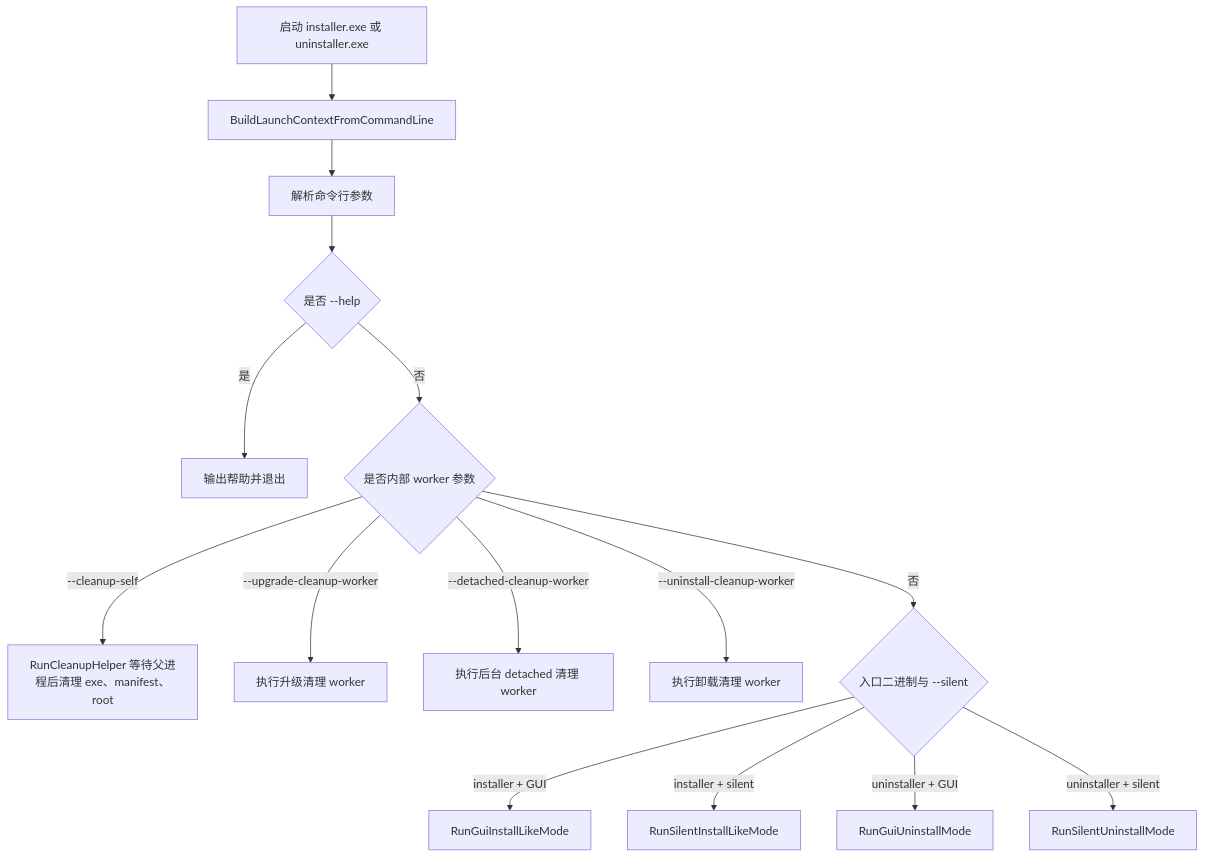
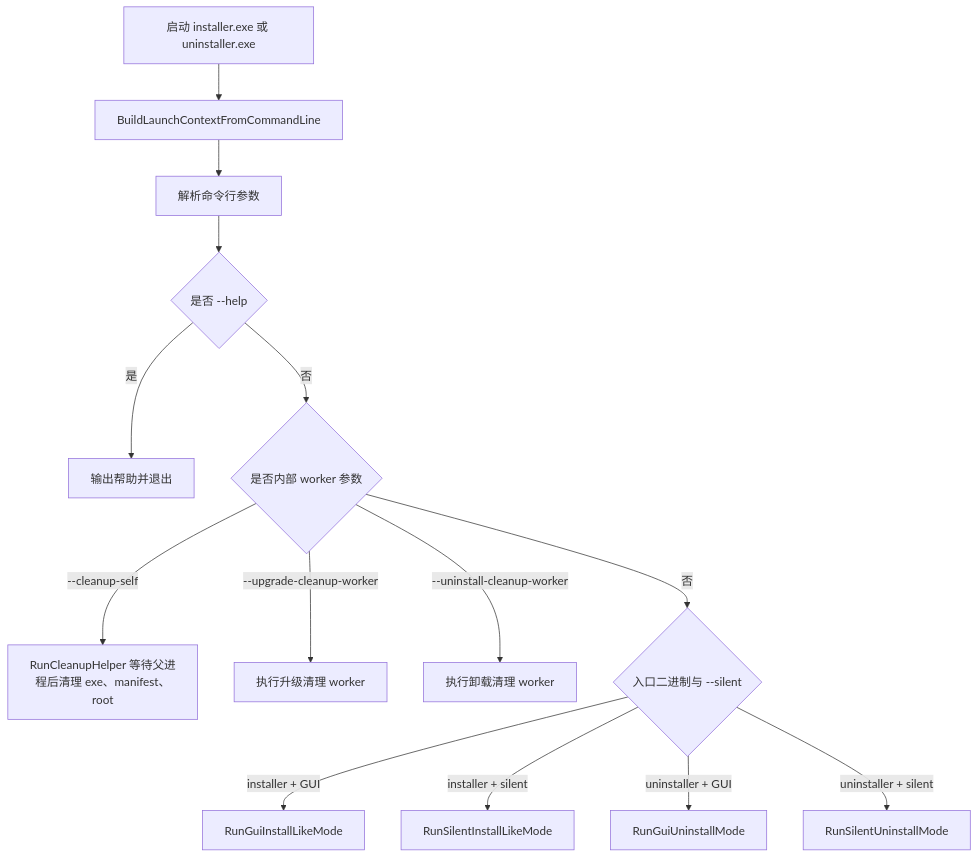
Before and after one commit to lu020218/Multi-Threaded_Installer: the first of 11 diagrams in docs/安装器流程图.md, drawn with Mermaid. The commit also changed other lines of this file and 29 other files, not shown here.

````diff
--- a/docs/安装器流程图.md
+++ b/docs/安装器流程图.md
@@ -14,17 +14,16 @@
 ```mermaid
 flowchart TD
     A["启动 installer.exe 或 uninstaller.exe"] --> B["BuildLaunchContextFromCommandLine"]
     B --> C["解析命令行参数"]
     C --> D{"是否 --help"}
     D -->|是| D1["输出帮助并退出"]
     D -->|否| E{"是否内部 worker 参数"}
     E -->|--cleanup-self| E1["RunCleanupHelper 等待父进程后清理 exe、manifest、root"]
     E -->|--upgrade-cleanup-worker| E2["执行升级清理 worker"]
-    E -->|--detached-cleanup-worker| E3["执行后台 detached 清理 worker"]
     E -->|--uninstall-cleanup-worker| E4["执行卸载清理 worker"]
     E -->|否| F{"入口二进制与 --silent"}
     F -->|installer + GUI| G["RunGuiInstallLikeMode"]
     F -->|installer + silent| H["RunSilentInstallLikeMode"]
     F -->|uninstaller + GUI| I["RunGuiUninstallMode"]
     F -->|uninstaller + silent| J["RunSilentUninstallMode"]
 ```
````
